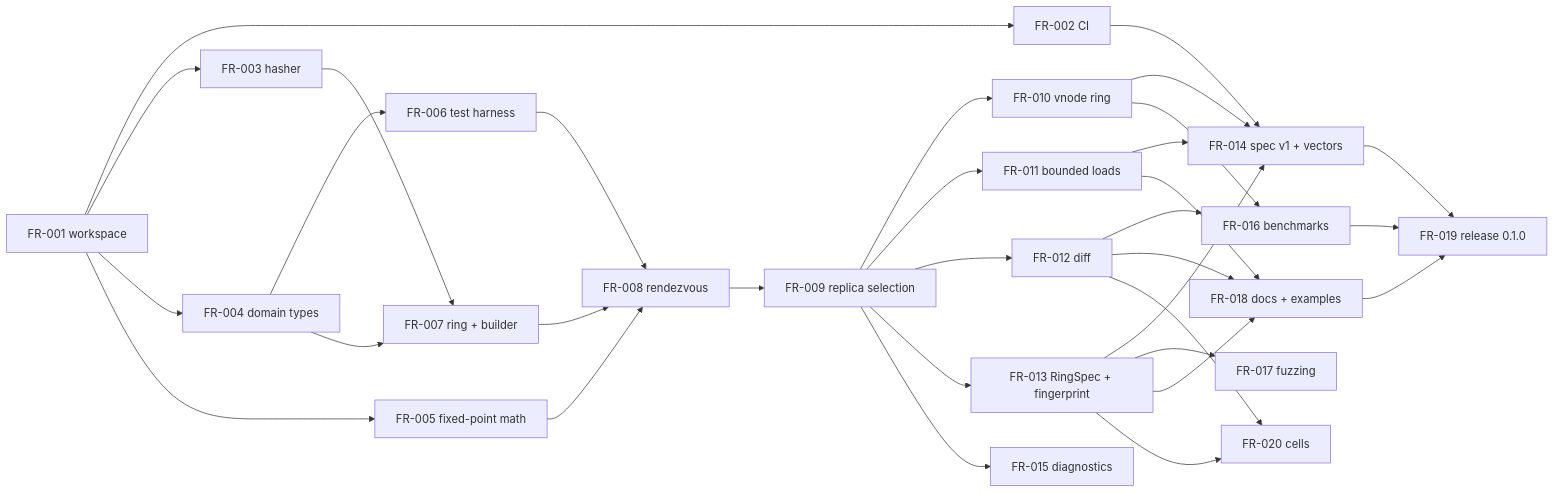
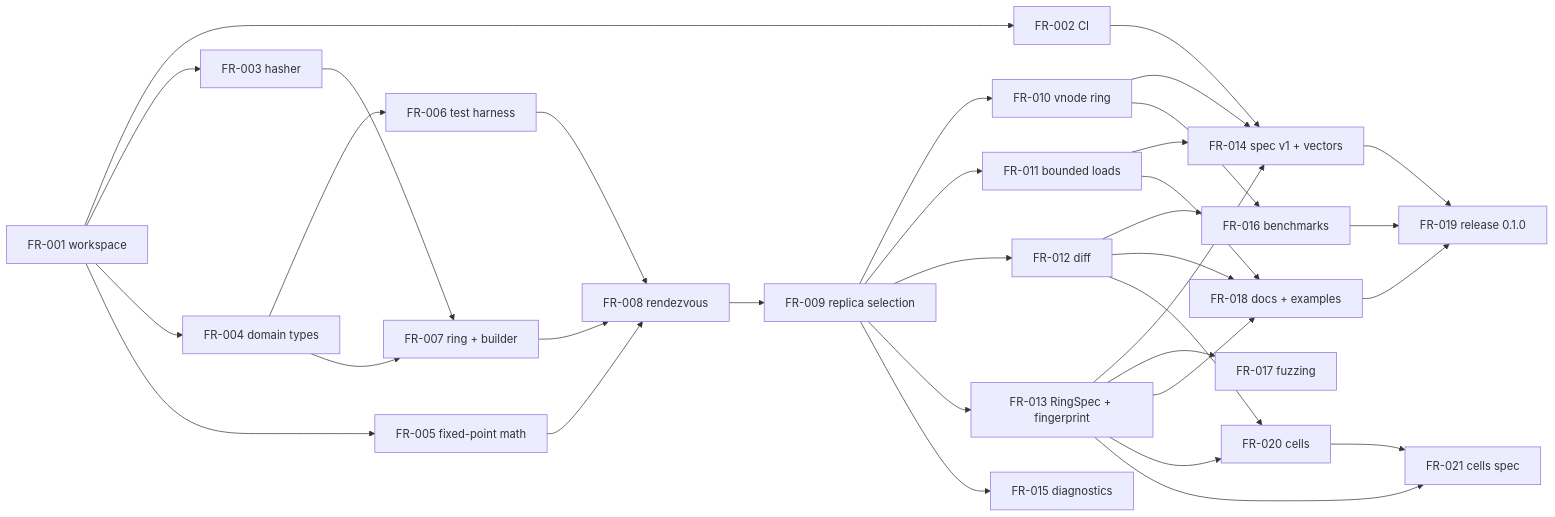
One commit to fleetring/fleetring changed the diagram in docs/tickets/README.md. Above: the diagram before and after it, drawn with Mermaid. The commit also changed other lines of this file and 23 other files, not shown here.

````diff
--- a/docs/tickets/README.md
+++ b/docs/tickets/README.md
@@ -65,34 +66,36 @@
 ```mermaid
 flowchart LR
   FR001[FR-001 workspace] --> FR002[FR-002 CI]
   FR001 --> FR003[FR-003 hasher]
   FR001 --> FR004[FR-004 domain types]
   FR001 --> FR005[FR-005 fixed-point math]
   FR004 --> FR006[FR-006 test harness]
   FR003 --> FR007[FR-007 ring + builder]
   FR004 --> FR007
   FR005 --> FR008[FR-008 rendezvous]
   FR006 --> FR008
   FR007 --> FR008
   FR008 --> FR009[FR-009 replica selection]
   FR009 --> FR010[FR-010 vnode ring]
   FR009 --> FR011[FR-011 bounded loads]
   FR009 --> FR012[FR-012 diff]
   FR009 --> FR013[FR-013 RingSpec + fingerprint]
   FR009 --> FR015[FR-015 diagnostics]
   FR002 --> FR014[FR-014 spec v1 + vectors]
   FR010 --> FR014
   FR011 --> FR014
   FR013 --> FR014
   FR010 --> FR016[FR-016 benchmarks]
   FR012 --> FR016
   FR013 --> FR017[FR-017 fuzzing]
   FR011 --> FR018[FR-018 docs + examples]
   FR012 --> FR018
   FR013 --> FR018
   FR014 --> FR019[FR-019 release 0.1.0]
   FR016 --> FR019
   FR018 --> FR019
   FR012 --> FR020[FR-020 cells]
   FR013 --> FR020
+  FR013 --> FR021[FR-021 cells spec]
+  FR020 --> FR021
 ```
````
